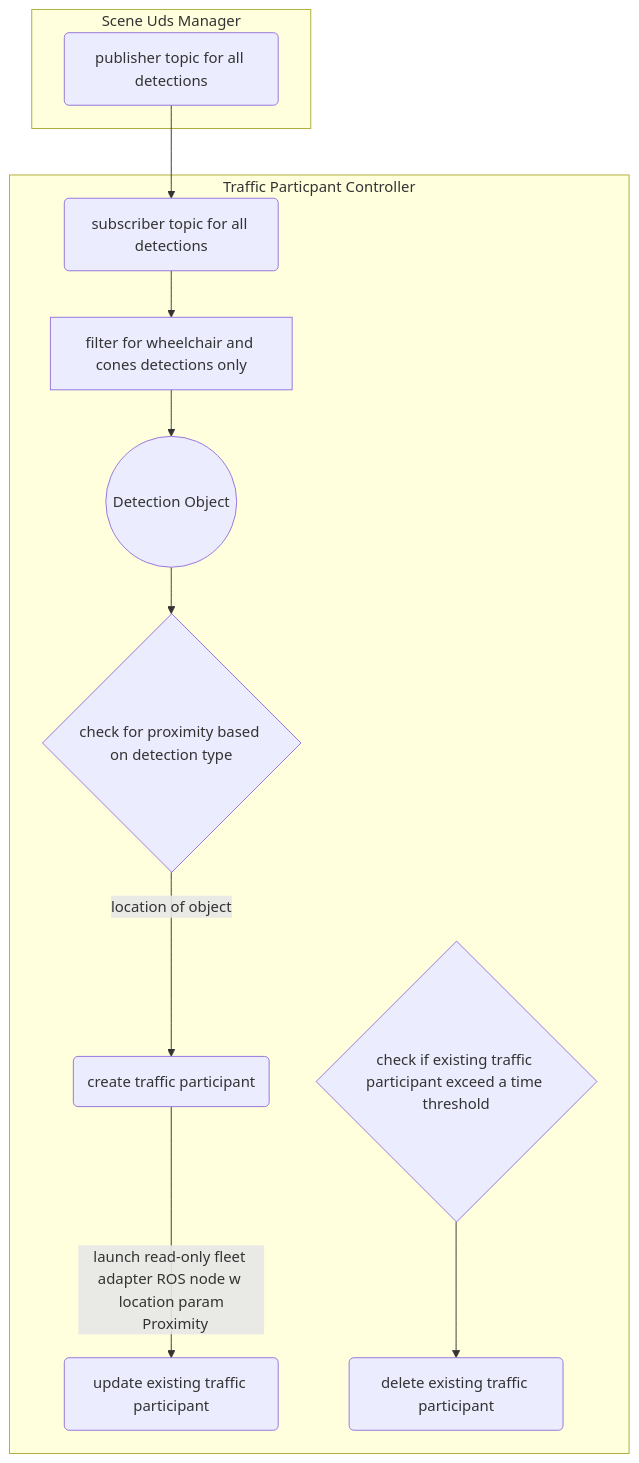
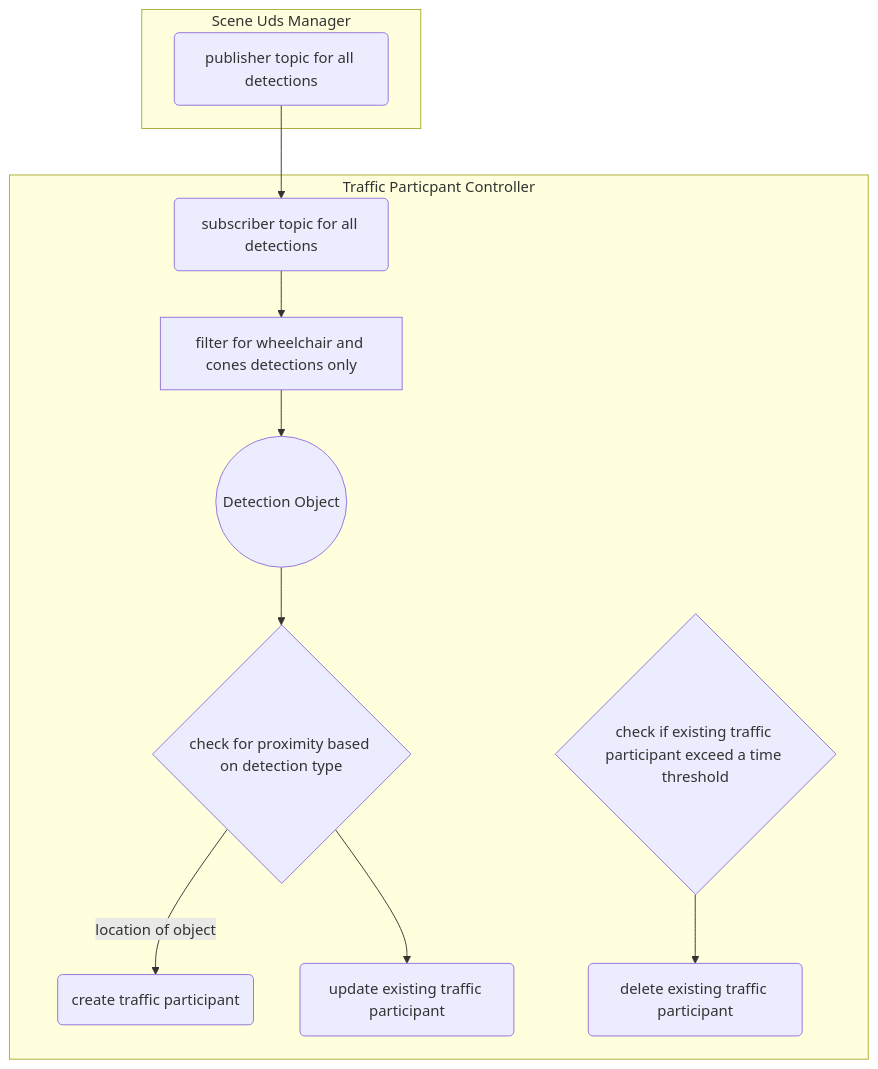
One commit to mxgrey/su_traffic_participant changed the diagram in README.md. Above: the diagram before and after it, drawn with Mermaid.

````diff
--- a/README.md
+++ b/README.md
@@ -5,19 +5,18 @@
 ```mermaid
 graph TB
 
   Publisher --> Subscriber
   subgraph "Scene Uds Manager"
   Publisher(publisher topic for all detections)
   end
 
   subgraph "Traffic Particpant Controller"
   Subscriber(subscriber topic for all detections)
   Subscriber --> FindClass[filter for wheelchair and cones detections only] --> Detection((Detection Object))
   Detection --> Proximity{check for proximity based on detection type}
   Proximity -- location of object --> Create(create traffic participant)
-  Create -- launch read-only fleet adapter ROS node w location param
   Proximity --> Update(update existing traffic participant)
   CountdownTimer{check if existing traffic participant exceed a time threshold} --> Delete(delete existing traffic participant)
 
 end
 ```
````
